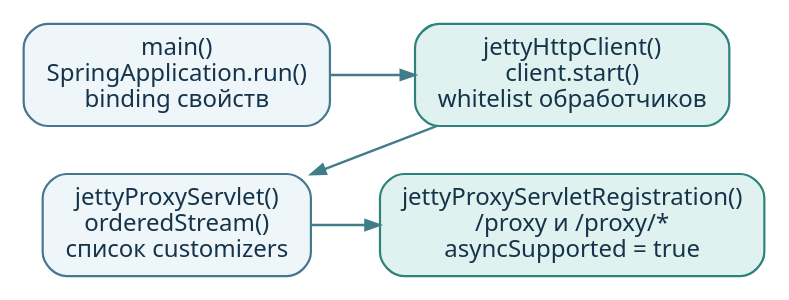
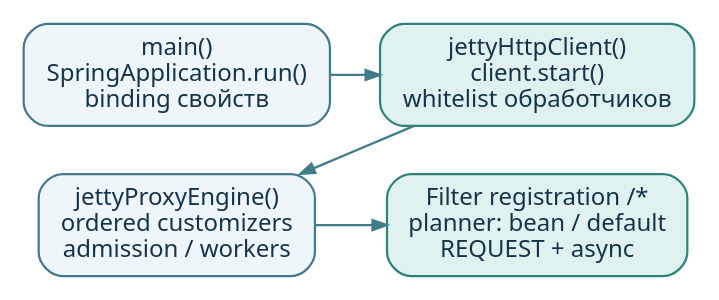
One commit to AlFlanker/NettyPet changed the diagram in jetty-client-example/docs/diagrams/startup.dot. Above: the diagram before and after it, drawn with Graphviz. The commit also changed 17 other files, not shown here.

Commit message:
Document application integration, validation and updated Jetty proxy guide

```diff
--- a/jetty-client-example/docs/diagrams/startup.dot
+++ b/jetty-client-example/docs/diagrams/startup.dot
@@ -1,20 +1,20 @@
 digraph Startup {
   graph [rankdir=LR, bgcolor="white", fontname="Noto Sans", fontsize=12, pad=0.06,
          nodesep=0.34, ranksep=0.35, splines=polyline];
   node [shape=box, style="rounded,filled", fontname="Noto Sans", fontsize=12,
         fontcolor="#15344B", fillcolor="#EFF6FA", color="#45788F", penwidth=1.1, margin="0.14,0.09"];
   edge [color="#417C89", penwidth=1.2, arrowsize=0.7, fontname="Noto Sans", fontsize=12];
 
   main [label="main()\nSpringApplication.run()\nbinding свойств"];
   client [label="jettyHttpClient()\nclient.start()\nwhitelist обработчиков", fillcolor="#E0F2EF", color="#2D827B"];
-  servlet [label="jettyProxyServlet()\norderedStream()\nсписок customizers"];
-  registration [label="jettyProxyServletRegistration()\n/proxy и /proxy/*\nasyncSupported = true", fillcolor="#E0F2EF", color="#2D827B"];
+  servlet [label="jettyProxyEngine()\nordered customizers\nadmission / workers"];
+  registration [label="Filter registration /*\nplanner: bean / default\nREQUEST + async", fillcolor="#E0F2EF", color="#2D827B"];
 
   { rank=same; main; servlet; }
   { rank=same; client; registration; }
   main -> servlet [style=invis, weight=30];
   client -> registration [style=invis, weight=30];
   main -> client;
   client -> servlet [constraint=false];
   servlet -> registration;
 }
```
